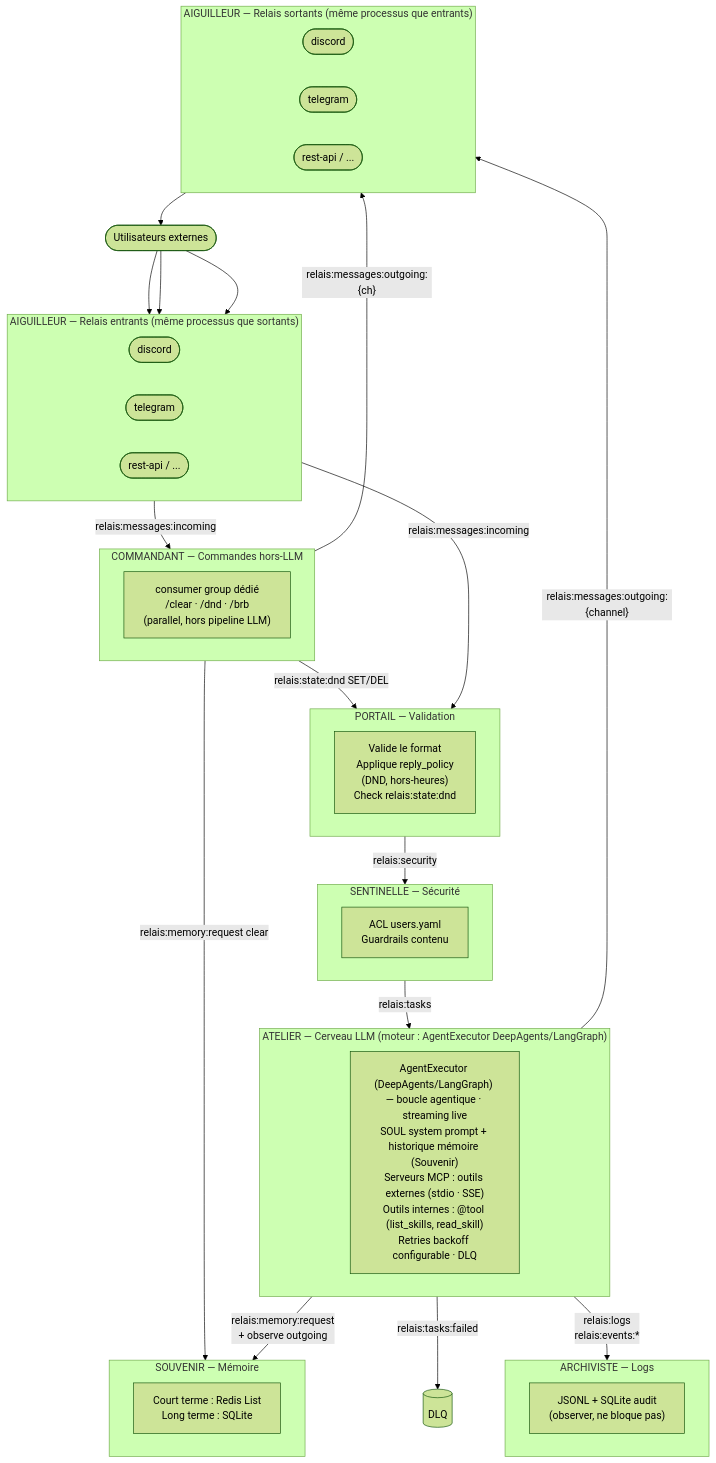
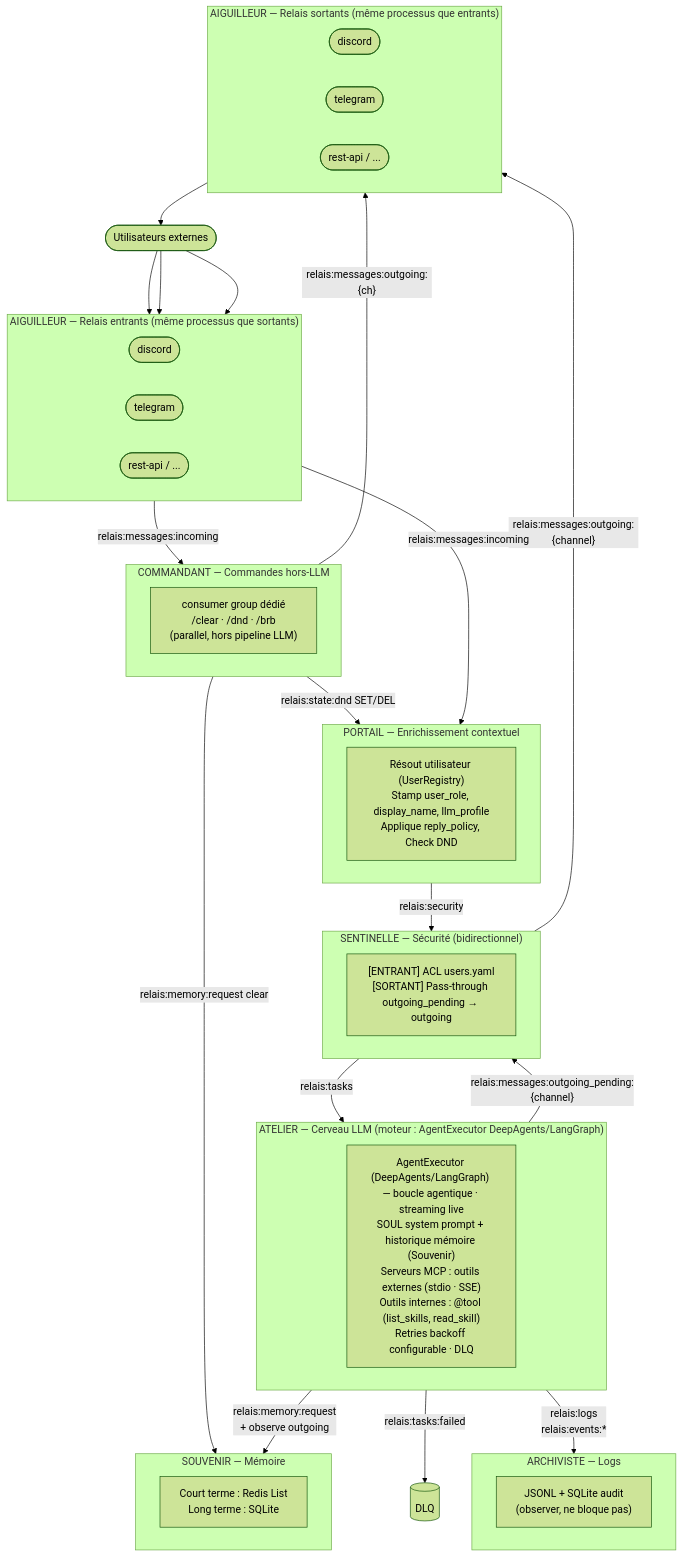
One commit to cyberbobjr/relais changed the diagram in README.md. Above: the diagram before and after it, drawn with Mermaid (forest theme). The commit also changed other lines of this file and 37 other files, not shown here.

First line of the commit message:
feat: add UserRegistry, Portail enrichment, and real Sentinelle ACL

````diff
--- a/README.md
+++ b/README.md
@@ -82,62 +91,63 @@
 ```mermaid
 flowchart TD
     USERS(["Utilisateurs externes"])
 
     USERS --> D_IN & T_IN & R_IN
 
     subgraph AIG_IN["AIGUILLEUR — Relais entrants (même processus que sortants)"]
         direction LR
         D_IN([discord])
         T_IN([telegram])
         R_IN([rest-api / ...])
     end
 
     AIG_IN -->|"relais:messages:incoming"| PORTAIL
     AIG_IN -->|"relais:messages:incoming"| COMMANDANT
 
     subgraph COMMANDANT["COMMANDANT — Commandes hors-LLM"]
         CM["consumer group dédié\n/clear · /dnd · /brb\n(parallel, hors pipeline LLM)"]
     end
 
     COMMANDANT -->|"relais:state:dnd SET/DEL"| PORTAIL
     COMMANDANT -->|"relais:memory:request clear"| SOUVENIR
     COMMANDANT -->|"relais:messages:outgoing:{ch}"| AIG_OUT
 
-    subgraph PORTAIL["PORTAIL — Validation"]
-        P["Valide le format\nApplique reply_policy\n(DND, hors-heures)\nCheck relais:state:dnd"]
+    subgraph PORTAIL["PORTAIL — Enrichissement contextuel"]
+        P["Résout utilisateur (UserRegistry)\nStamp user_role, display_name, llm_profile\nApplique reply_policy, Check DND"]
     end
 
     PORTAIL -->|"relais:security"| SENTINELLE
 
-    subgraph SENTINELLE["SENTINELLE — Sécurité"]
-        S["ACL users.yaml\nGuardrails contenu"]
+    subgraph SENTINELLE["SENTINELLE — Sécurité (bidirectionnel)"]
+        S["[ENTRANT] ACL users.yaml\n[SORTANT] Pass-through outgoing_pending → outgoing"]
     end
 
     SENTINELLE -->|"relais:tasks"| ATELIER
 
     subgraph ATELIER["ATELIER — Cerveau LLM  (moteur : AgentExecutor DeepAgents/LangGraph)"]
         A["AgentExecutor (DeepAgents/LangGraph) — boucle agentique · streaming live\nSOUL system prompt + historique mémoire (Souvenir)\nServeurs MCP : outils externes (stdio · SSE)\nOutils internes : @tool (list_skills, read_skill)\nRetries backoff configurable · DLQ"]
     end
 
-    ATELIER -->|"relais:messages:outgoing:{channel}"| AIG_OUT
+    ATELIER -->|"relais:messages:outgoing_pending:{channel}"| SENTINELLE
+    SENTINELLE -->|"relais:messages:outgoing:{channel}"| AIG_OUT
     ATELIER -->|"relais:memory:request\n+ observe outgoing"| SOUVENIR
     ATELIER -->|"relais:tasks:failed"| DLQ[("DLQ")]
     ATELIER -->|"relais:logs\nrelais:events:*"| ARCHIVISTE
 
     subgraph AIG_OUT["AIGUILLEUR — Relais sortants (même processus que entrants)"]
         direction LR
         D_OUT([discord])
         T_OUT([telegram])
         R_OUT([rest-api / ...])
     end
 
     subgraph SOUVENIR["SOUVENIR — Mémoire"]
         SV["Court terme : Redis List\nLong terme : SQLite"]
     end
 
     subgraph ARCHIVISTE["ARCHIVISTE — Logs"]
         AR["JSONL + SQLite audit\n(observer, ne bloque pas)"]
     end
 
     AIG_OUT --> USERS
 ```
````
